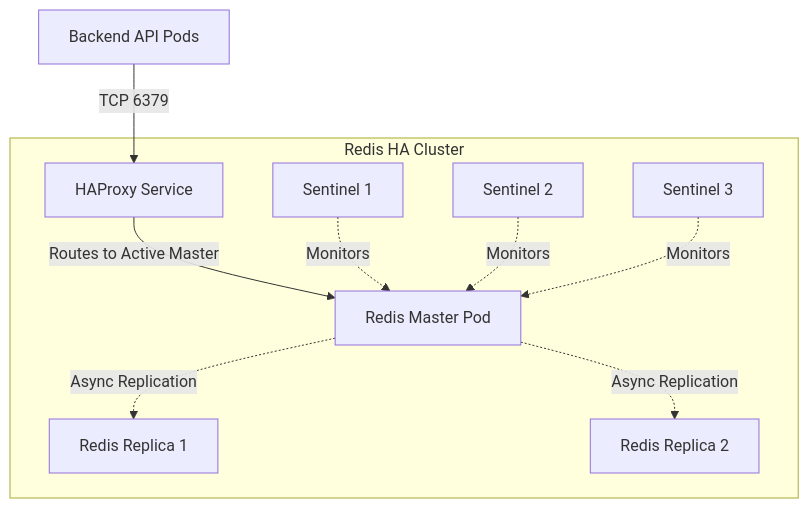
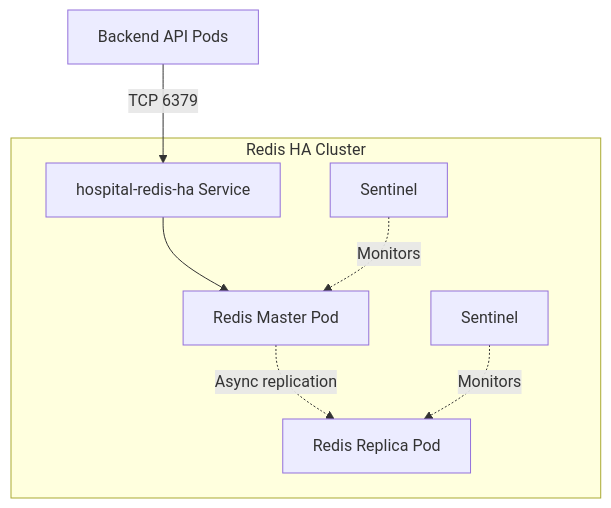
One commit to Kien-devops/k8s-home changed the diagram in k8s/redis/README.md. Above: the diagram before and after it, drawn with Mermaid. The commit also changed other lines of this file and 4 other files, not shown here.

````diff
--- a/k8s/redis/README.md
+++ b/k8s/redis/README.md
@@ -10,14 +23,11 @@
 ```mermaid
 flowchart TB
-    be[Backend API Pods] -->|TCP 6379| haproxy[HAProxy Service]
-    
+    be[Backend API Pods] -->|TCP 6379| svc[hospital-redis-ha Service]
+
     subgraph Redis HA Cluster
-        haproxy -->|Routes to Active Master| master[Redis Master Pod]
-        master -.->|Async Replication| replica1[Redis Replica 1]
-        master -.->|Async Replication| replica2[Redis Replica 2]
-        
-        sentinel1[Sentinel 1] -.->|Monitors| master
-        sentinel2[Sentinel 2] -.->|Monitors| master
-        sentinel3[Sentinel 3] -.->|Monitors| master
+        svc --> master[Redis Master Pod]
+        master -.->|Async replication| replica[Redis Replica Pod]
+        sentinel1[Sentinel] -.->|Monitors| master
+        sentinel2[Sentinel] -.->|Monitors| replica
     end
 ```
````
